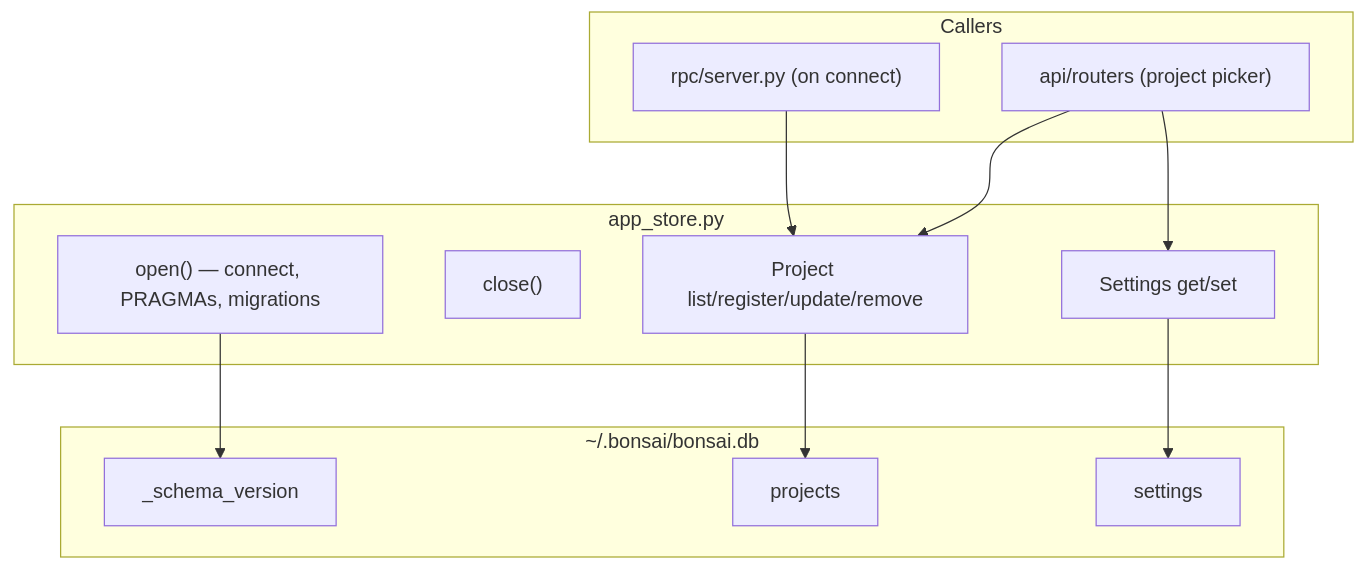
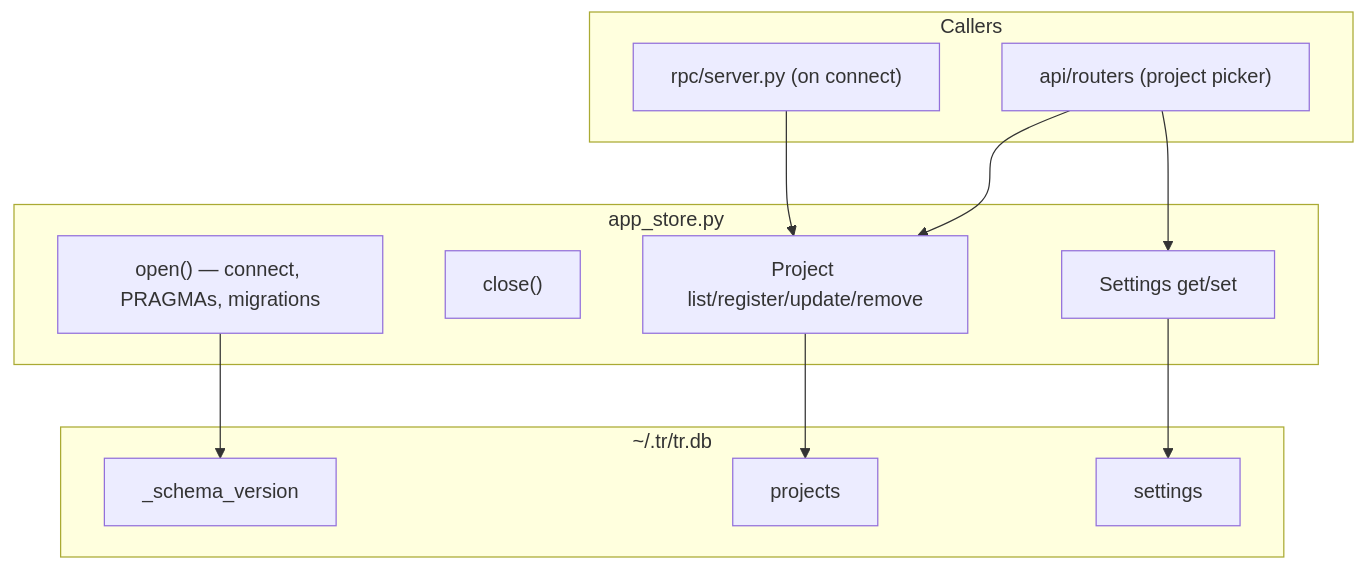
The diagram in backend/app/core/APP_STORE.md (JetBrains/thinkrail), drawn with Mermaid before and after one commit. The commit also changed other lines of this file and 372 other files, not shown here.

````diff
--- a/backend/app/core/APP_STORE.md
+++ b/backend/app/core/APP_STORE.md
@@ -27,28 +27,28 @@
 ```mermaid
 graph TD
     subgraph AppStore["app_store.py"]
         Open["open() — connect, PRAGMAs, migrations"]
         Close["close()"]
         Projects["Project list/register/update/remove"]
         Settings["Settings get/set"]
     end
 
-    subgraph SQLite["~/.bonsai/bonsai.db"]
+    subgraph SQLite["~/.tr/tr.db"]
         SV["_schema_version"]
         ST["settings"]
         PT["projects"]
     end
 
     Projects --> PT
     Settings --> ST
     Open --> SV
 
     subgraph Callers
         WS["rpc/server.py (on connect)"]
         REST["api/routers (project picker)"]
     end
 
     WS --> Projects
     REST --> Projects
     REST --> Settings
 ```
````
